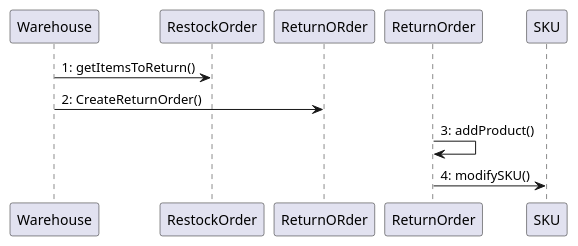
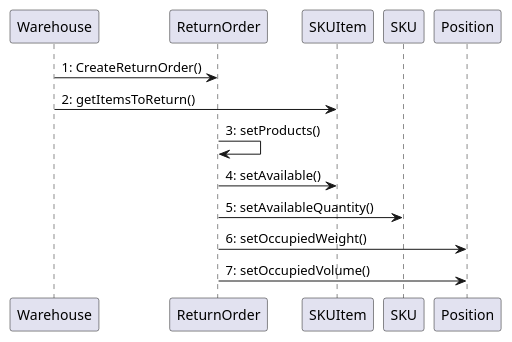
One commit to salvatorecurello/EzWharehouse changed the fifth of 5 diagrams in DesignDocument.md. Above: the diagram before and after it, drawn with PlantUML. The commit also changed other lines of this file and 1 other file, not shown here.

````diff
--- a/DesignDocument.md
+++ b/DesignDocument.md
@@ -364,8 +364,11 @@
 ```plantuml
 @startuml
-Warehouse -> RestockOrder: 1: getItemsToReturn()
-Warehouse -> ReturnORder: 2: CreateReturnOrder()
-ReturnOrder -> ReturnOrder: 3: addProduct()
-ReturnOrder -> SKU: 4: modifySKU()
+Warehouse -> ReturnOrder: 1: CreateReturnOrder()
+Warehouse -> SKUItem: 2: getItemsToReturn()
+ReturnOrder -> ReturnOrder: 3: setProducts()
+ReturnOrder -> SKUItem: 4: setAvailable()
+ReturnOrder -> SKU: 5: setAvailableQuantity()
+ReturnOrder -> Position: 6: setOccupiedWeight()
+ReturnOrder -> Position: 7: setOccupiedVolume()
 @enduml
 ```
````
